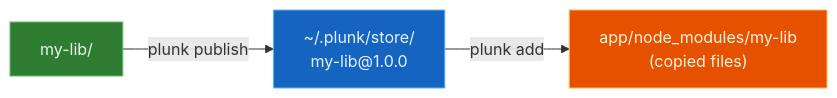
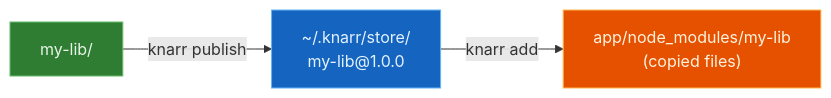
Before and after one commit to oleg-kuibar/plunk: the third of 4 diagrams in docs/comparison.md, drawn with Mermaid. The commit also changed other lines of this file and 135 other files, not shown here.

````diff
--- a/docs/comparison.md
+++ b/docs/comparison.md
@@ -41,9 +41,9 @@
 ```mermaid
 graph LR
-    A["my-lib/"] -- "plunk publish" --> B["~/.plunk/store/<br/>my-lib@1.0.0"]
-    B -- "plunk add" --> C["app/node_modules/my-lib<br/>(copied files)"]
+    A["my-lib/"] -- "knarr publish" --> B["~/.knarr/store/<br/>my-lib@1.0.0"]
+    B -- "knarr add" --> C["app/node_modules/my-lib<br/>(copied files)"]
 
     style A fill:#2e7d32,stroke:#66bb6a,color:#e8f5e9
     style B fill:#1565c0,stroke:#64b5f6,color:#e3f2fd
     style C fill:#e65100,stroke:#ffb74d,color:#fff3e0
 ```
````
